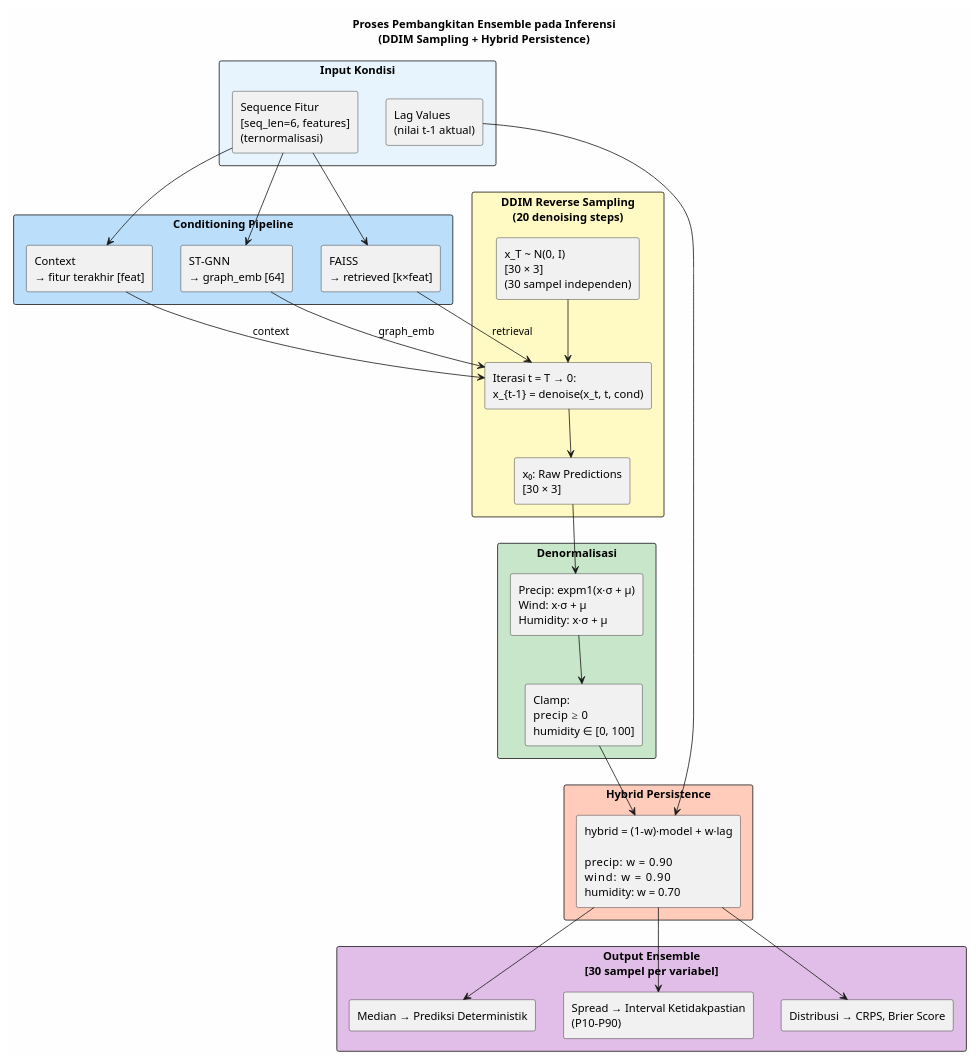
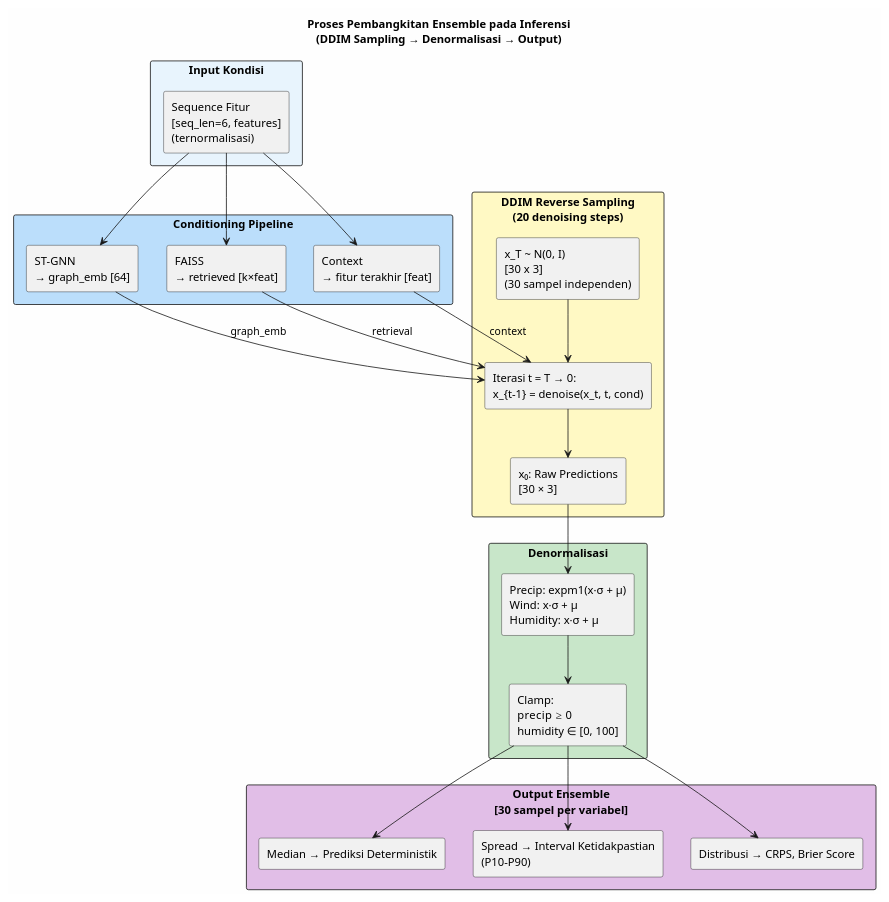
The seventh of 8 diagrams in docs/diagrams_and_tables.md (Vanszs/Skripsi_Badai), drawn with PlantUML before and after one commit. The commit also changed other lines of this file and 82 other files, not shown here.

````diff
--- a/docs/diagrams_and_tables.md
+++ b/docs/diagrams_and_tables.md
@@ -366,63 +365,55 @@
 ```plantuml
 @startuml
 skinparam backgroundColor #FEFEFE
 skinparam shadowing false
 skinparam defaultFontName Arial
 
-title Proses Pembangkitan Ensemble pada Inferensi\n(DDIM Sampling + Hybrid Persistence)
+title Proses Pembangkitan Ensemble pada Inferensi\n(DDIM Sampling → Denormalisasi → Output)
 
 rectangle "**Input Kondisi**" as INPUT #E8F4FD {
   rectangle "Sequence Fitur\n[seq_len=6, features]\n(ternormalisasi)" as SEQ
-  rectangle "Lag Values\n(nilai t-1 aktual)" as LAG
 }
 
 rectangle "**Conditioning Pipeline**" as PIPE #BBDEFB {
   rectangle "ST-GNN\n→ graph_emb [64]" as GNN
   rectangle "FAISS\n→ retrieved [k×feat]" as FAISS
   rectangle "Context\n→ fitur terakhir [feat]" as CTX
 }
 
 SEQ --> GNN
 SEQ --> FAISS
 SEQ --> CTX
 
 rectangle "**DDIM Reverse Sampling**\n(20 denoising steps)" as DDIM #FFF9C4 {
-  rectangle "x_T ~ N(0, I)\n[30 × 3]\n(30 sampel independen)" as NOISE
+  rectangle "x_T ~ N(0, I)\n[30 x 3]\n(30 sampel independen)" as NOISE
   rectangle "Iterasi t = T → 0:\nx_{t-1} = denoise(x_t, t, cond)" as LOOP
   rectangle "x₀: Raw Predictions\n[30 × 3]" as RAW
   
   NOISE --> LOOP
   LOOP --> RAW
 }
 
 GNN --> LOOP : graph_emb
 FAISS --> LOOP : retrieval
 CTX --> LOOP : context
 
 rectangle "**Denormalisasi**" as DENORM #C8E6C9 {
   rectangle "Precip: expm1(x·σ + μ)\nWind: x·σ + μ\nHumidity: x·σ + μ" as INV
   rectangle "Clamp:\nprecip ≥ 0\nhumidity ∈ [0, 100]" as CLAMP
 }
 
 RAW --> INV
 INV --> CLAMP
 
-rectangle "**Hybrid Persistence**" as HYBRID #FFCCBC {
-  rectangle "hybrid = (1-w)·model + w·lag\n\nprecip:   w = 0.90\nwind:     w = 0.90\nhumidity: w = 0.70" as COMBINE
-}
-
-CLAMP --> COMBINE
-LAG --> COMBINE
-
 rectangle "**Output Ensemble**\n[30 sampel per variabel]" as OUTPUT #E1BEE7 {
   rectangle "Median → Prediksi Deterministik" as MEDIAN
   rectangle "Spread → Interval Ketidakpastian\n(P10–P90)" as SPREAD
   rectangle "Distribusi → CRPS, Brier Score" as DIST
 }
 
-COMBINE --> MEDIAN
-COMBINE --> SPREAD
-COMBINE --> DIST
+CLAMP --> MEDIAN
+CLAMP --> SPREAD
+CLAMP --> DIST
 
 @enduml
 ```
````
